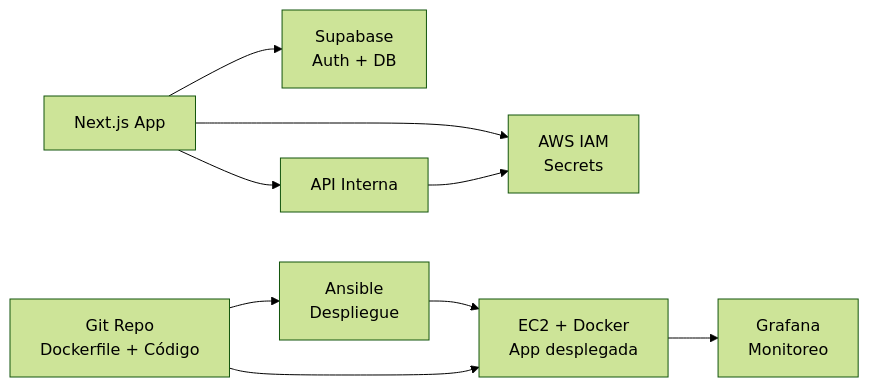
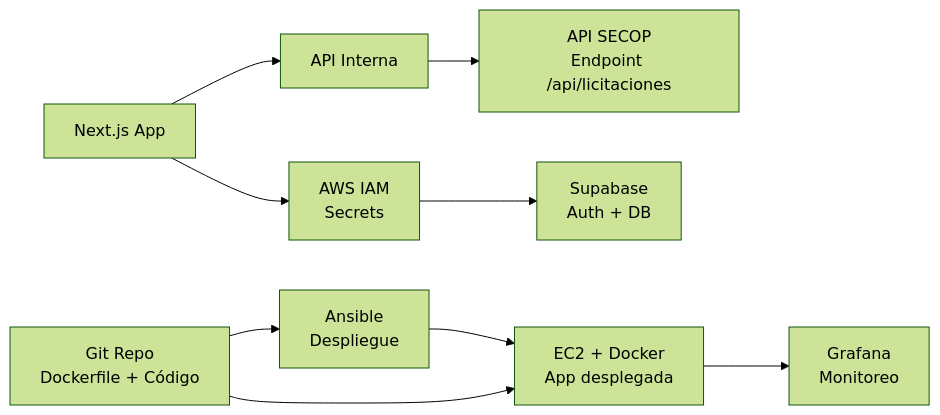
Before and after one commit to duagatecnologIA/secop-licitaciones-datatable: the diagram in README.md, drawn with Mermaid (forest theme). The commit also changed other lines of this file, not shown here.

Commit message:
Despliegue en AWS con Ansible - lectura de secretos desde  IAM para la conexión de bases de datos y API

````diff
--- a/README.md
+++ b/README.md
@@ -37,11 +37,18 @@
 ```mermaid
 flowchart LR
-    A[Next.js App] --> B[Supabase\nAuth + DB]
-    A --> C[AWS IAM\nSecrets]
-    A --> D[API Interna]
-    D --> C
-    E[Git Repo\nDockerfile + Código] --> F[Ansible\nDespliegue]
-    F --> G[EC2 + Docker\nApp desplegada]
-    G --> H[Grafana\nMonitoreo]
+    A[Next.js App] --> D[API Interna]
+    D --> I[API SECOP
+Endpoint /api/licitaciones]
+    A --> C[AWS IAM
+Secrets]
+    C --> B[Supabase
+Auth + DB]
+    E[Git Repo
+Dockerfile + Código] --> F[Ansible
+Despliegue]
+    F --> G[EC2 + Docker
+App desplegada]
+    G --> H[Grafana
+Monitoreo]
     E --> G
 ```
````
